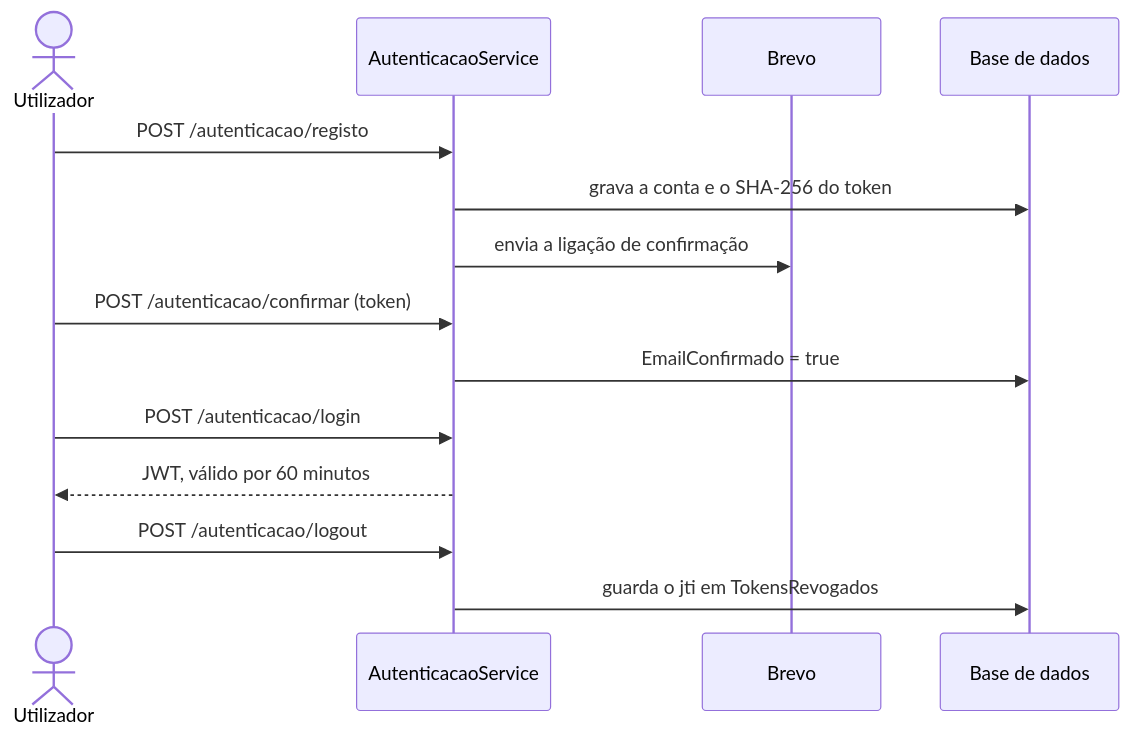
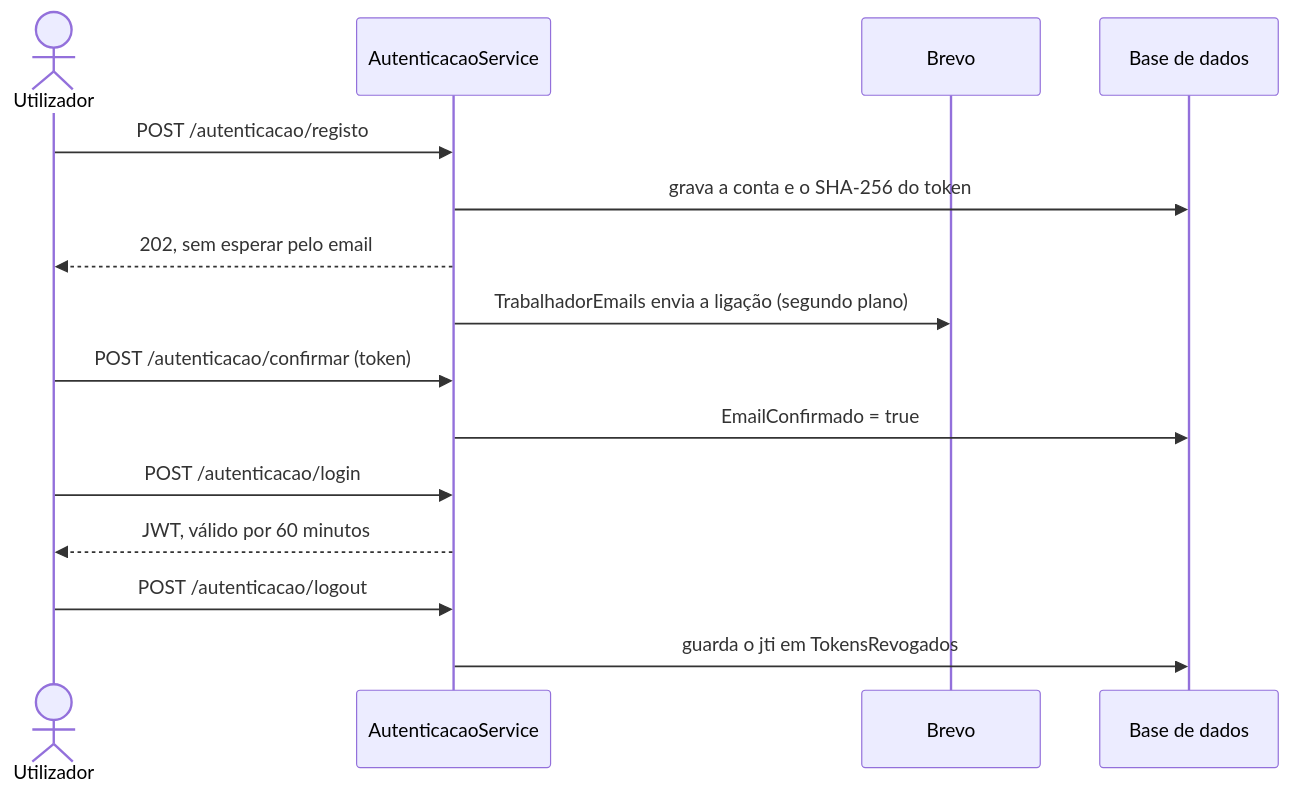
The fourth of 7 diagrams in docs/backend/arquitetura/GUIA-DO-CODIGO.md (gobbrin/LDS2627), drawn with Mermaid before and after one commit. The commit also changed other lines of this file and 149 other files, not shown here.

````diff
--- a/docs/backend/arquitetura/GUIA-DO-CODIGO.md
+++ b/docs/backend/arquitetura/GUIA-DO-CODIGO.md
@@ -169,17 +173,18 @@
 ```mermaid
 sequenceDiagram
     actor U as Utilizador
     participant A as AutenticacaoService
     participant B as Brevo
     participant BD as Base de dados
 
     U->>A: POST /autenticacao/registo
     A->>BD: grava a conta e o SHA-256 do token
-    A->>B: envia a ligação de confirmação
+    A-->>U: 202, sem esperar pelo email
+    A->>B: TrabalhadorEmails envia a ligação (segundo plano)
     U->>A: POST /autenticacao/confirmar (token)
     A->>BD: EmailConfirmado = true
     U->>A: POST /autenticacao/login
     A-->>U: JWT, válido por 60 minutos
     U->>A: POST /autenticacao/logout
     A->>BD: guarda o jti em TokensRevogados
 ```
````
